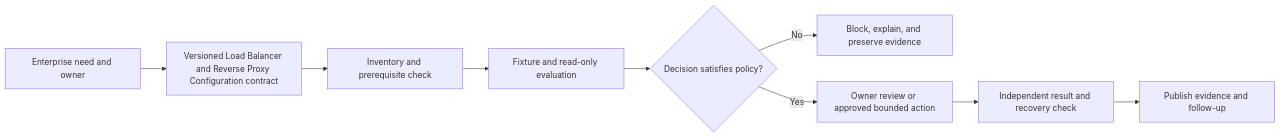
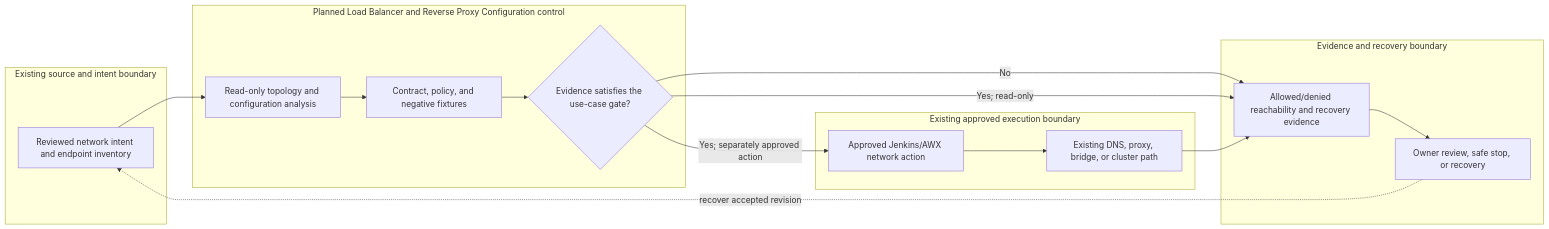
The diagram in docs/use-cases/network/UC-NET-014-load-balancer-and-reverse-proxy-configuration.md (MIDHTECH/enterprise-architecture-docs), drawn with Mermaid before and after one commit. The commit also changed other lines of this file and 227 other files, not shown here.

Commit message:
Deepen architecture for all use case designs

````diff
--- a/docs/use-cases/network/UC-NET-014-load-balancer-and-reverse-proxy-configuration.md
+++ b/docs/use-cases/network/UC-NET-014-load-balancer-and-reverse-proxy-configuration.md
@@ -136,11 +129,25 @@
 ```mermaid
 flowchart LR
-    Need["Enterprise need and owner"] --> Contract["Versioned Load Balancer and Reverse Proxy Configuration contract"]
-    Contract --> Preflight["Inventory and prerequisite check"]
-    Preflight --> Evaluate["Fixture and read-only evaluation"]
-    Evaluate --> Decision{"Decision satisfies policy?"}
-    Decision -->|No| Stop["Block, explain, and preserve evidence"]
-    Decision -->|Yes| Review["Owner review or approved bounded action"]
-    Review --> Verify["Independent result and recovery check"]
-    Verify --> Publish["Publish evidence and follow-up"]
+    subgraph Source["Existing source and intent boundary"]
+        A["Reviewed network intent and endpoint inventory"]
+    end
+    subgraph Planned["Planned Load Balancer and Reverse Proxy Configuration control"]
+        B["Read-only topology and configuration analysis"]
+        C["Contract, policy, and negative fixtures"]
+        D{"Evidence satisfies the use-case gate?"}
+    end
+    subgraph Runtime["Existing approved execution boundary"]
+        E["Approved Jenkins/AWX network action"]
+        F["Existing DNS, proxy, bridge, or cluster path"]
+    end
+    subgraph Assurance["Evidence and recovery boundary"]
+        G["Allowed/denied reachability and recovery evidence"]
+        H["Owner review, safe stop, or recovery"]
+    end
+
+    A --> B --> C --> D
+    D -->|No| G --> H
+    D -->|Yes; read-only| G
+    D -->|Yes; separately approved action| E --> F --> G
+    H -. recover accepted revision .-> A
 ```
````
